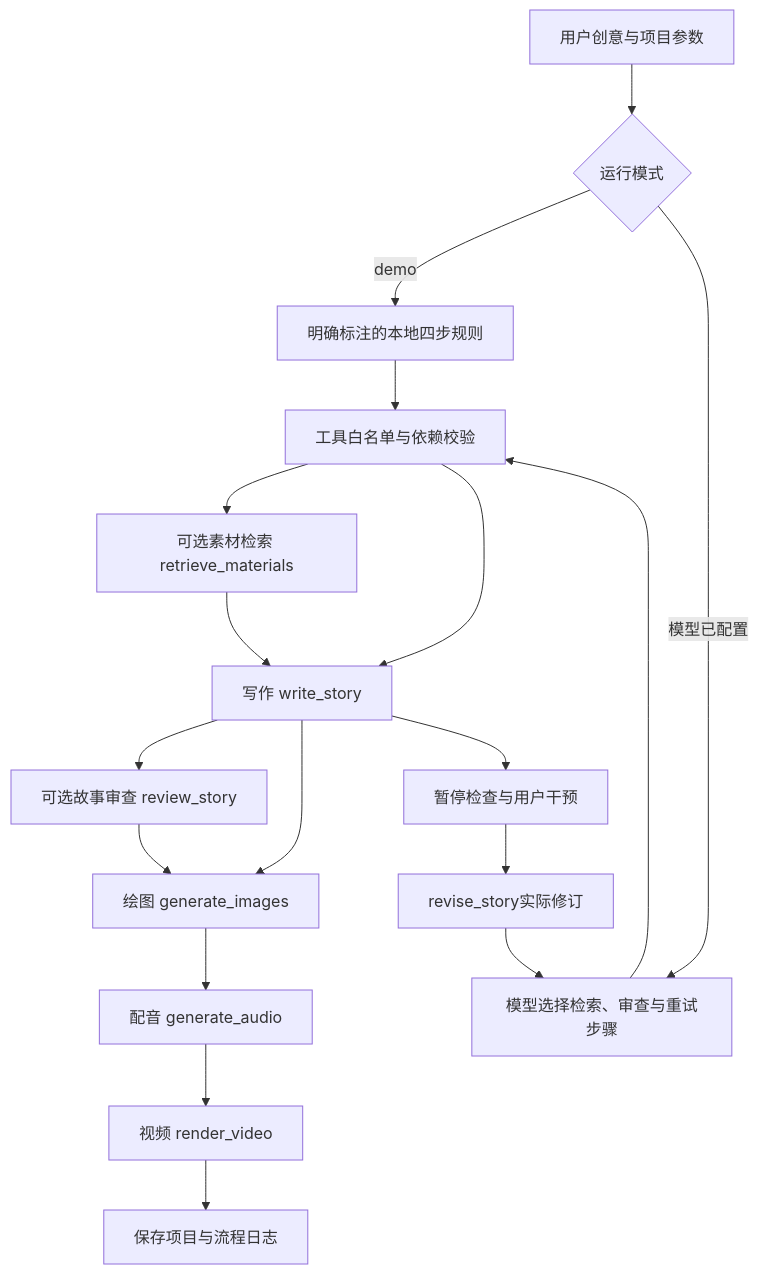
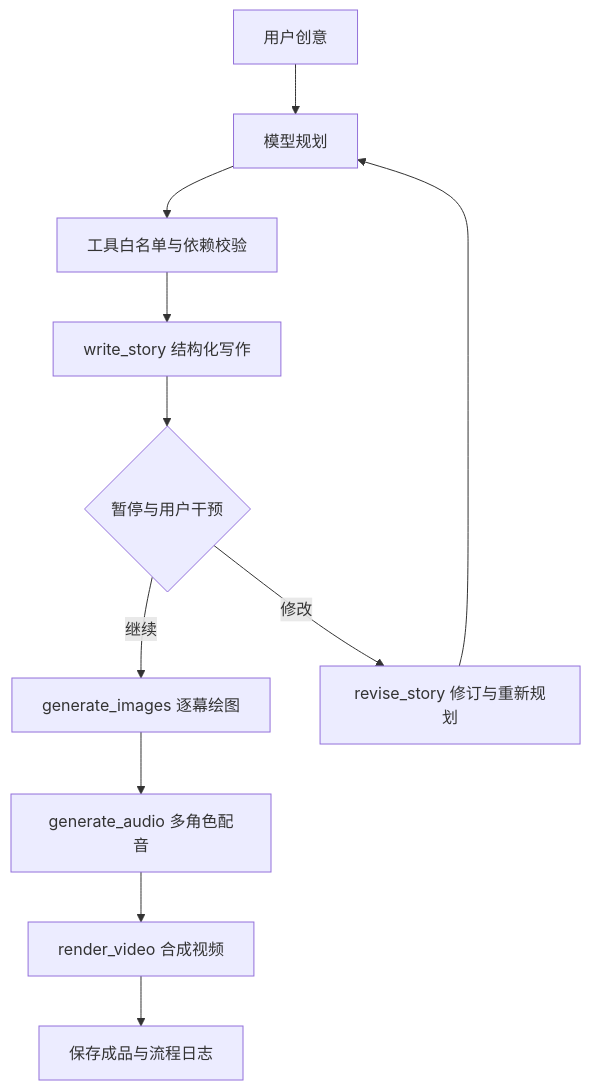
Before and after one commit to savoir666/aigc-storybook-lab: the diagram in docs/week07_agent_architecture.md, drawn with Mermaid. The commit also changed other lines of this file and 16 other files, not shown here.

````diff
--- a/docs/week07_agent_architecture.md
+++ b/docs/week07_agent_architecture.md
@@ -9,20 +5,13 @@
 ```mermaid
 flowchart TD
-    U[用户创意与项目参数] --> P{运行模式}
-    P -->|demo| D[明确标注的本地四步规则]
-    P -->|模型已配置| L[模型选择检索、审查与重试步骤]
-    D --> V[工具白名单与依赖校验]
-    L --> V
-    V --> R[可选素材检索 retrieve_materials]
-    R --> W[写作 write_story]
-    V --> W
-    W --> Q[可选故事审查 review_story]
-    W --> I[绘图 generate_images]
-    Q --> I
-    I --> A[配音 generate_audio]
-    A --> M[视频 render_video]
-    W --> H[暂停检查与用户干预]
-    H --> X[revise_story实际修订]
-    X --> L
-    M --> O[保存项目与流程日志]
+ U[用户创意] --> P[模型规划]
+ P --> V[工具白名单与依赖校验]
+ V --> W[write_story 结构化写作]
+ W --> H{暂停与用户干预}
+ H -->|继续| I[generate_images 逐幕绘图]
+ H -->|修改| R[revise_story 修订与重新规划]
+ R --> P
+ I --> A[generate_audio 多角色配音]
+ A --> M[render_video 合成视频]
+ M --> O[保存成品与流程日志]
 ```
````
